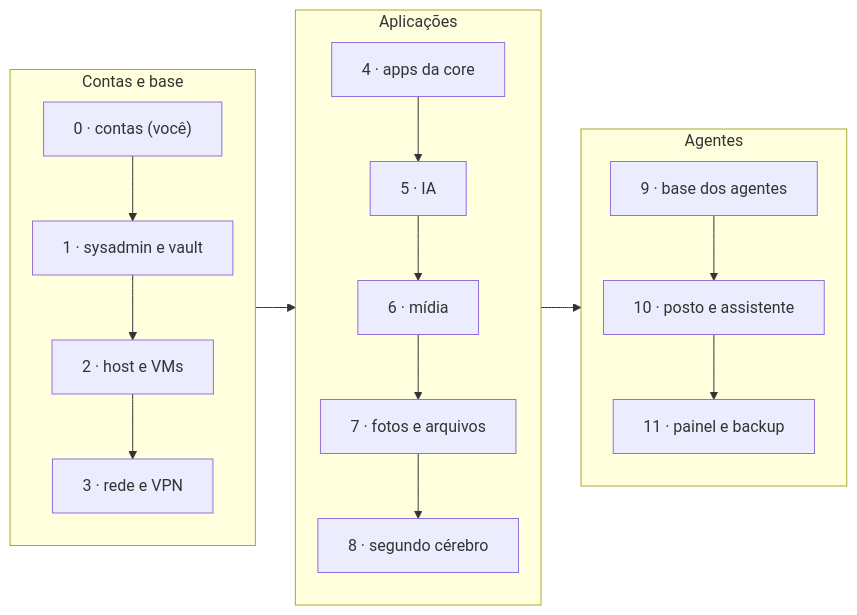
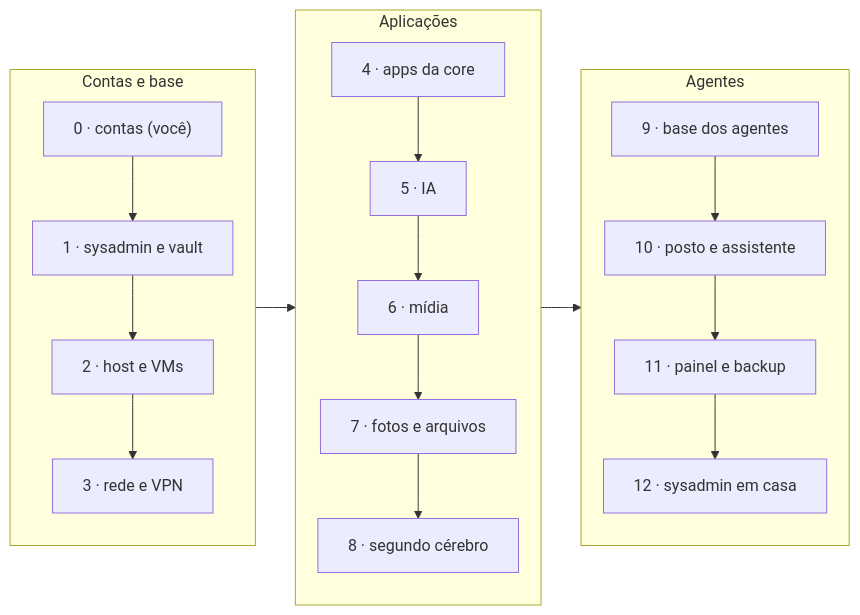
One commit to lioevano/wiki-home-server changed the diagram in wiki/docs/01-manual-implementacao/01-roteiro-primeiro-deploy.md. Above: the diagram before and after it, drawn with Mermaid. The commit also changed other lines of this file and 12 other files, not shown here.

First line of the commit message:
feat(sysadmin): e2-small temporária e fase 12 para trazer o sysadmin para casa

````diff
--- a/wiki/docs/01-manual-implementacao/01-roteiro-primeiro-deploy.md
+++ b/wiki/docs/01-manual-implementacao/01-roteiro-primeiro-deploy.md
@@ -20,17 +20,17 @@
 ```mermaid
 %%{init: {"flowchart": {"nodeSpacing": 25, "rankSpacing": 40}}}%%
 flowchart LR
     subgraph base["Contas e base"]
         direction TB
         f0["0 · contas (você)"] --> f1["1 · sysadmin e vault"] --> f2["2 · host e VMs"] --> f3["3 · rede e VPN"]
     end
     subgraph apps["Aplicações"]
         direction TB
         f4["4 · apps da core"] --> f5["5 · IA"] --> f6["6 · mídia"] --> f7["7 · fotos e arquivos"] --> f8["8 · segundo cérebro"]
     end
     subgraph agentes["Agentes"]
         direction TB
-        f9["9 · base dos agentes"] --> f10["10 · posto e assistente"] --> f11["11 · painel e backup"]
+        f9["9 · base dos agentes"] --> f10["10 · posto e assistente"] --> f11["11 · painel e backup"] --> f12["12 · sysadmin em casa"]
     end
     base --> apps --> agentes
 ```
````
